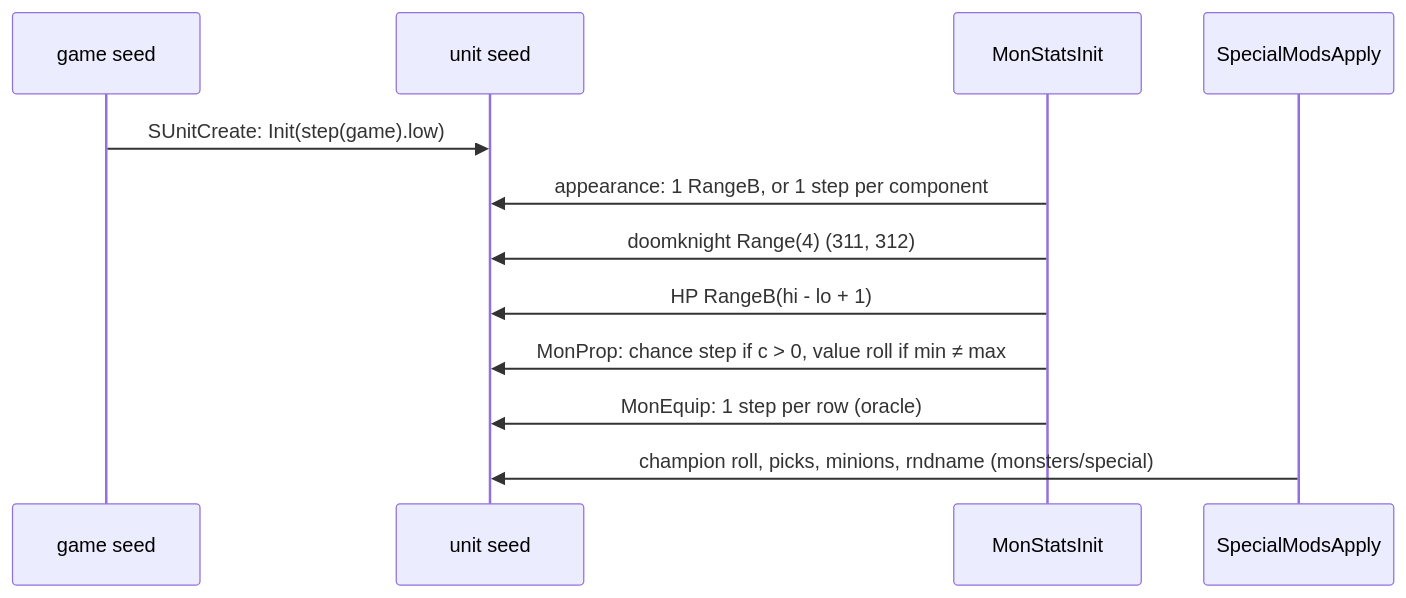
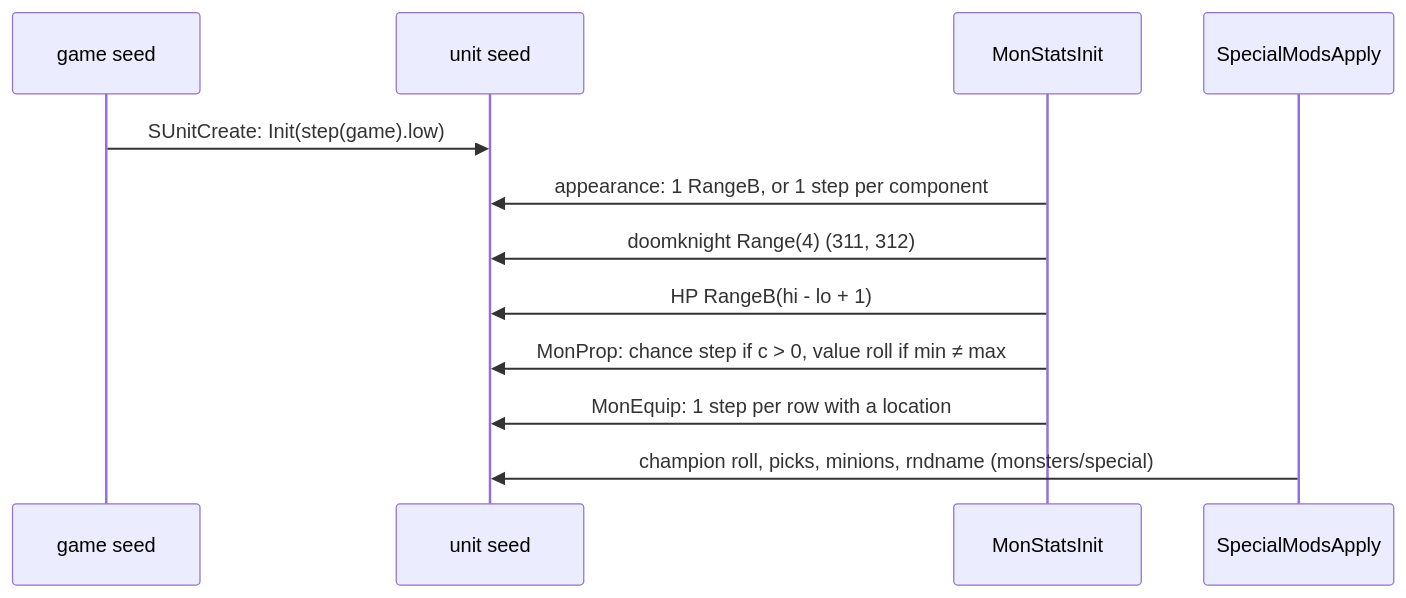
The fourth of 4 diagrams in docs/specs/monsters/stats.md (IgorKonovalov/diablo-2-recompilation), drawn with Mermaid before and after one commit. The commit also changed other lines of this file and 14 other files, not shown here.

````diff
--- a/docs/specs/monsters/stats.md
+++ b/docs/specs/monsters/stats.md
@@ -600,14 +612,14 @@
 ```mermaid
 sequenceDiagram
   participant G as game seed
   participant U as unit seed
   participant S as MonStatsInit
   participant M as SpecialModsApply
   G->>U: SUnitCreate: Init(step(game).low)
   S->>U: appearance: 1 RangeB, or 1 step per component
   S->>U: doomknight Range(4) (311, 312)
   S->>U: HP RangeB(hi - lo + 1)
   S->>U: MonProp: chance step if c > 0, value roll if min ≠ max
-  S->>U: MonEquip: 1 step per row (oracle)
+  S->>U: MonEquip: 1 step per row with a location
   M->>U: champion roll, picks, minions, rndname (monsters/special)
 ```
````
